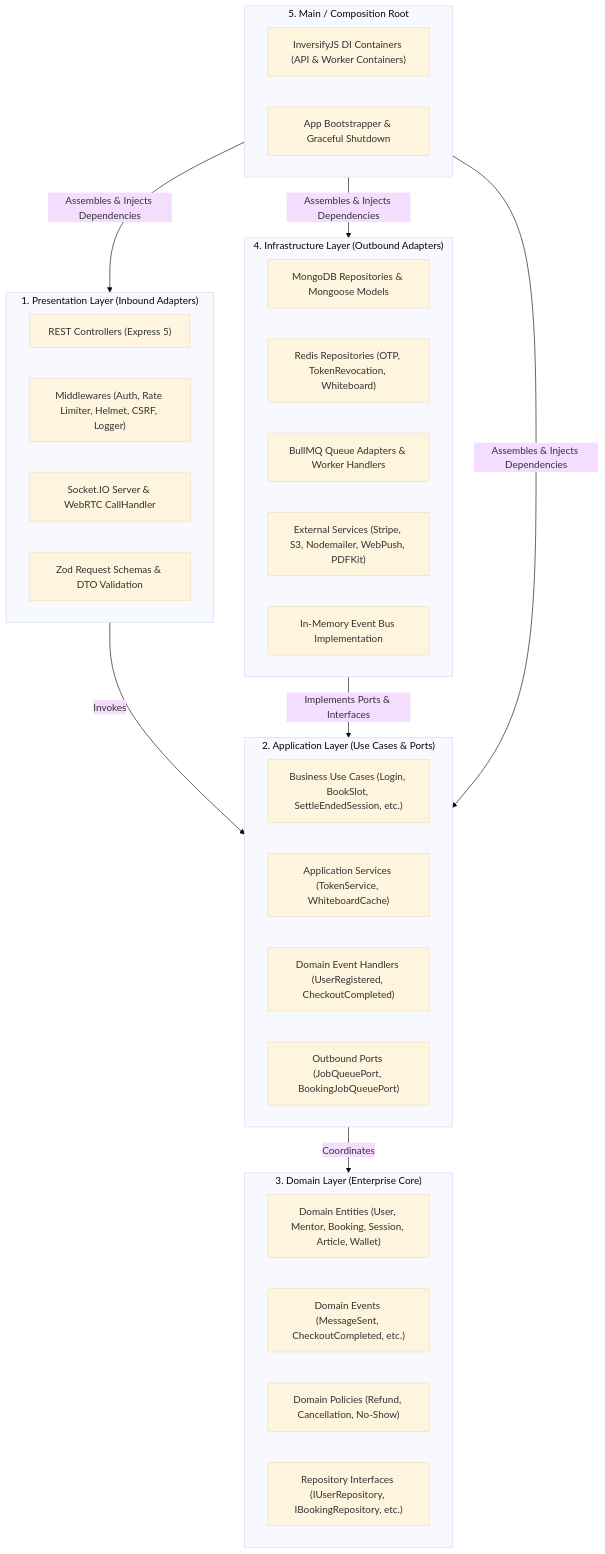
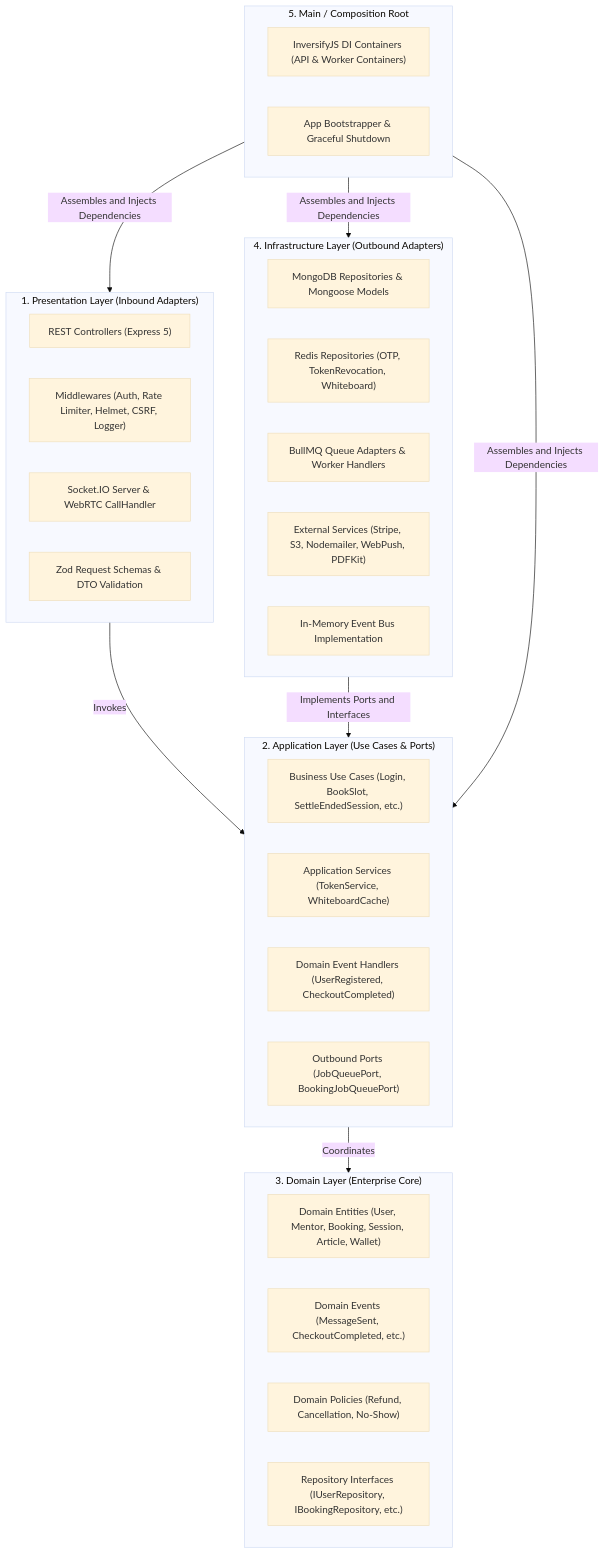
Before and after one commit to mohammedbilalns/upstride-api: the second of 2 diagrams in docs/architecture.md, drawn with Mermaid (base theme). The commit also changed other lines of this file, not shown here.

Commit message:
fix(docs): resolve mermaid syntax error in architecture.md edge labels

````diff
--- a/docs/architecture.md
+++ b/docs/architecture.md
@@ -67,43 +67,43 @@
 ```mermaid
 flowchart TD
     subgraph LayerPresentation["1. Presentation Layer (Inbound Adapters)"]
         Controllers["REST Controllers (Express 5)"]
         Middlewares["Middlewares (Auth, Rate Limiter, Helmet, CSRF, Logger)"]
         SocketServer["Socket.IO Server & WebRTC CallHandler"]
         Validators["Zod Request Schemas & DTO Validation"]
     end
 
     subgraph LayerApplication["2. Application Layer (Use Cases & Ports)"]
         UseCases["Business Use Cases (Login, BookSlot, SettleEndedSession, etc.)"]
         AppServices["Application Services (TokenService, WhiteboardCache)"]
         EventHandlers["Domain Event Handlers (UserRegistered, CheckoutCompleted)"]
         Ports["Outbound Ports (JobQueuePort, BookingJobQueuePort)"]
     end
 
     subgraph LayerDomain["3. Domain Layer (Enterprise Core)"]
         Entities["Domain Entities (User, Mentor, Booking, Session, Article, Wallet)"]
         DomainEvents["Domain Events (MessageSent, CheckoutCompleted, etc.)"]
         Policies["Domain Policies (Refund, Cancellation, No-Show)"]
         RepoInterfaces["Repository Interfaces (IUserRepository, IBookingRepository, etc.)"]
     end
 
     subgraph LayerInfrastructure["4. Infrastructure Layer (Outbound Adapters)"]
         MongoRepos["MongoDB Repositories & Mongoose Models"]
         RedisRepos["Redis Repositories (OTP, TokenRevocation, Whiteboard)"]
         QueueAdapters["BullMQ Queue Adapters & Worker Handlers"]
         ExtServices["External Services (Stripe, S3, Nodemailer, WebPush, PDFKit)"]
         InMemoryBus["In-Memory Event Bus Implementation"]
     end
 
     subgraph LayerMain["5. Main / Composition Root"]
         DIContainers["InversifyJS DI Containers (API & Worker Containers)"]
         AppBootstrap["App Bootstrapper & Graceful Shutdown"]
     end
 
     LayerPresentation -->|Invokes| LayerApplication
-    LayerInfrastructure -->|Implements Ports & Interfaces| LayerApplication
+    LayerInfrastructure -->|Implements Ports and Interfaces| LayerApplication
     LayerApplication -->|Coordinates| LayerDomain
-    LayerMain -->|Assembles & Injects Dependencies| LayerPresentation
-    LayerMain -->|Assembles & Injects Dependencies| LayerApplication
-    LayerMain -->|Assembles & Injects Dependencies| LayerInfrastructure
+    LayerMain -->|Assembles and Injects Dependencies| LayerPresentation
+    LayerMain -->|Assembles and Injects Dependencies| LayerApplication
+    LayerMain -->|Assembles and Injects Dependencies| LayerInfrastructure
 ```
````
